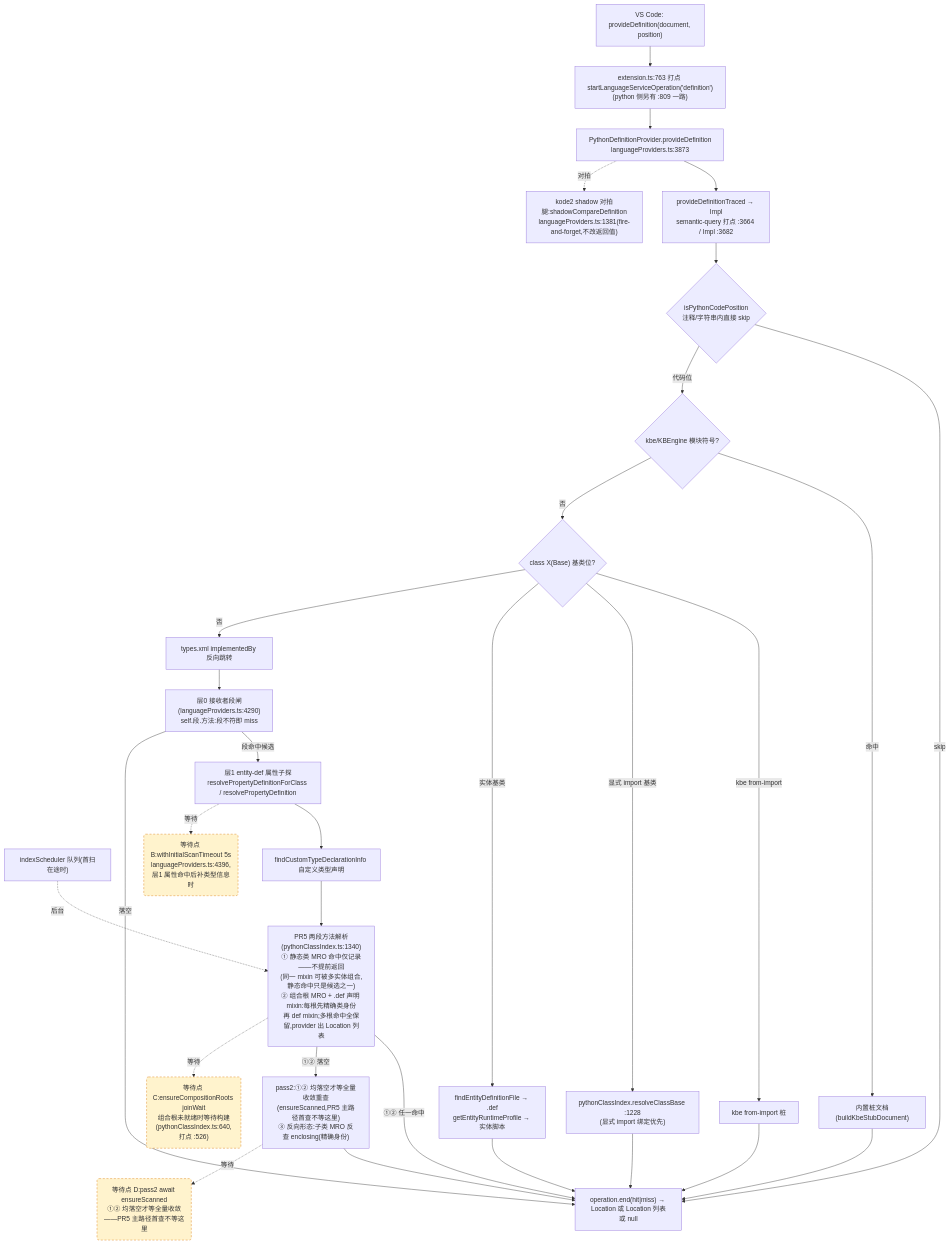
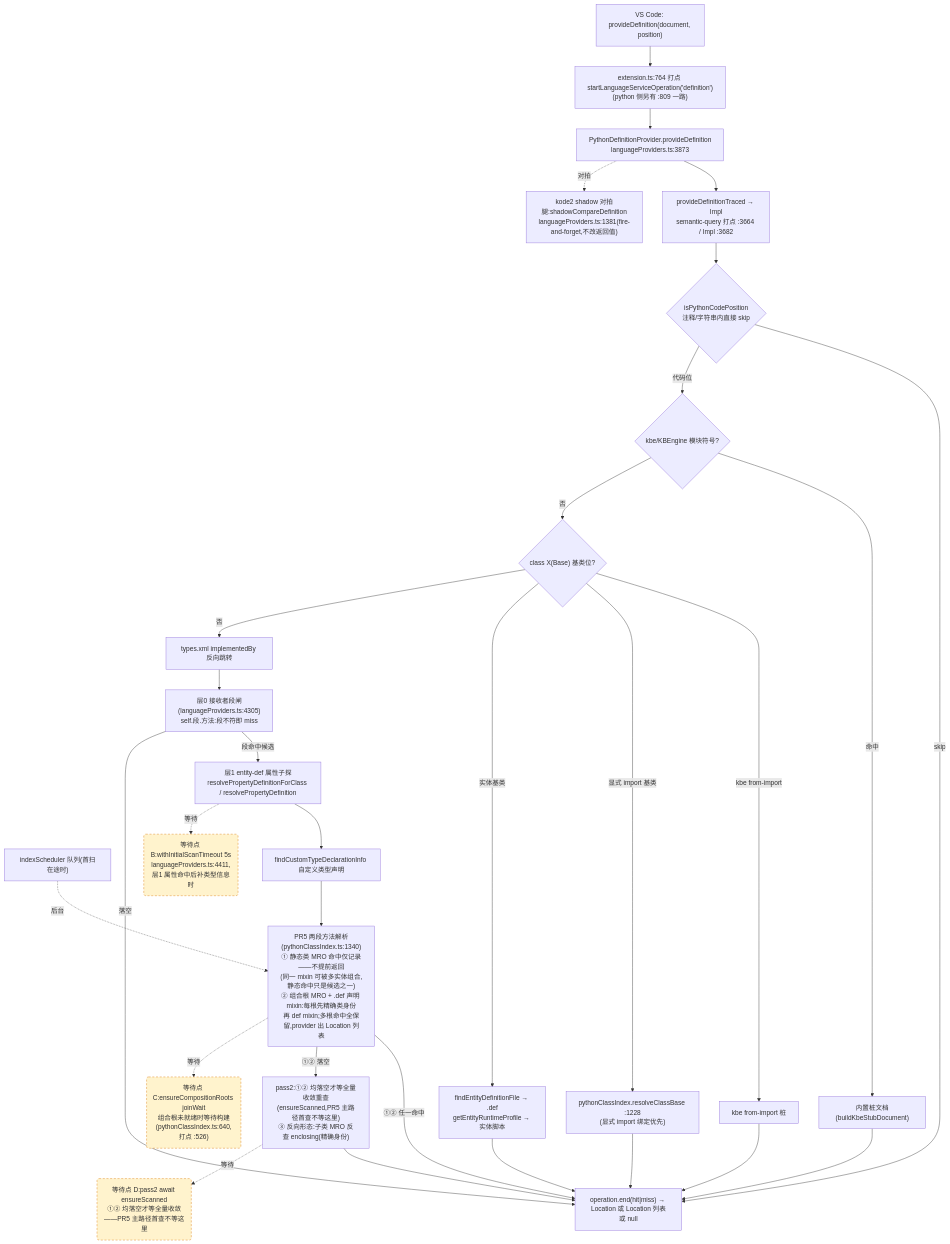
The second of 4 diagrams in docs/perf/2026-baseline.md (cuihairu/kode), drawn with Mermaid before and after one commit. The commit also changed other lines of this file and 14 other files, not shown here.

````diff
--- a/docs/perf/2026-baseline.md
+++ b/docs/perf/2026-baseline.md
@@ -130,51 +130,51 @@
 ```mermaid
 flowchart TD
   VC2["VS Code: provideDefinition(document, position)"]
-  M2["extension.ts:763 打点 startLanguageServiceOperation('definition')<br/>(python 侧另有 :809 一路)"]
+  M2["extension.ts:764 打点 startLanguageServiceOperation('definition')<br/>(python 侧另有 :809 一路)"]
   AD2["PythonDefinitionProvider.provideDefinition<br/>languageProviders.ts:3873"]
   TR["provideDefinitionTraced → Impl<br/>semantic-query 打点 :3664 / Impl :3682"]
   CTX{"isPythonCodePosition<br/>注释/字符串内直接 skip"}
   KBE{"kbe/KBEngine 模块符号?"}
   STUB["内置桩文档(buildKbeStubDocument)"]
   CB{"class X(Base) 基类位?"}
   CB1["kbe from-import 桩"]
   CB2["pythonClassIndex.resolveClassBase :1228<br/>(显式 import 绑定优先)"]
   CB3["findEntityDefinitionFile → .def<br/>getEntityRuntimeProfile → 实体脚本"]
   REV["types.xml implementedBy 反向跳转"]
-  L0["层0 接收者段闸(languageProviders.ts:4290)<br/>self.段.方法:段不符即 miss"]
+  L0["层0 接收者段闸(languageProviders.ts:4305)<br/>self.段.方法:段不符即 miss"]
   L1["层1 entity-def 属性子探<br/>resolvePropertyDefinitionForClass / resolvePropertyDefinition"]
   SCAN["indexScheduler 队列(首扫在途时)"]
   TY["findCustomTypeDeclarationInfo 自定义类型声明"]
   MRO["PR5 两段方法解析(pythonClassIndex.ts:1340)<br/>① 静态类 MRO 命中仅记录——不提前返回<br/>(同一 mixin 可被多实体组合,静态命中只是候选之一)<br/>② 组合根 MRO + .def 声明 mixin:每根先精确类身份<br/>再 def mixin;多根命中全保留,provider 出 Location 列表"]
   PASS2["pass2:①② 均落空才等全量收敛重查<br/>(ensureScanned,PR5 主路径首查不等这里)<br/>③ 反向形态:子类 MRO 反查 enclosing(精确身份)"]
   SHD["kode2 shadow 对拍腿:shadowCompareDefinition<br/>languageProviders.ts:1381(fire-and-forget,不改返回值)"]
   END2["operation.end(hit|miss) → Location 或 Location 列表或 null"]
 
   VC2 --> M2 --> AD2 --> TR --> CTX
   CTX -- "skip" --> END2
   CTX -- "代码位" --> KBE
   KBE -- "命中" --> STUB --> END2
   KBE -- "否" --> CB
   CB -- "kbe from-import" --> CB1 --> END2
   CB -- "显式 import 基类" --> CB2 --> END2
   CB -- "实体基类" --> CB3 --> END2
   CB -- "否" --> REV --> L0
   L0 -- "段命中候选" --> L1
   L0 -- "落空" --> END2
   L1 --> TY
   TY --> MRO
   MRO -- "①② 任一命中" --> END2
   MRO -- "①② 落空" --> PASS2 --> END2
   AD2 -.->|对拍| SHD
 
-  WAITB("等待点 B:withInitialScanTimeout 5s<br/>languageProviders.ts:4396,层1 属性命中后补类型信息时")
+  WAITB("等待点 B:withInitialScanTimeout 5s<br/>languageProviders.ts:4411,层1 属性命中后补类型信息时")
   WAITC("等待点 C:ensureCompositionRoots joinWait<br/>组合根未就绪时等待构建(pythonClassIndex.ts:640,打点 :526)")
   WAITD("等待点 D:pass2 await ensureScanned<br/>①② 均落空才等全量收敛——PR5 主路径首查不等这里")
   L1 -.->|等待| WAITB
   MRO -.->|等待| WAITC
   PASS2 -.->|等待| WAITD
   SCAN -.->|后台| MRO
 
   classDef waitPoint fill:#fff3cd,stroke:#d97706,stroke-dasharray:5 4;
   class WAITB,WAITC,WAITD waitPoint;
 ```
````
